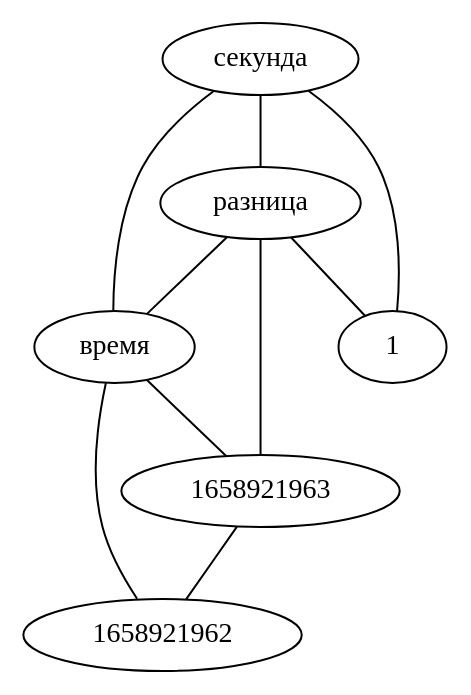
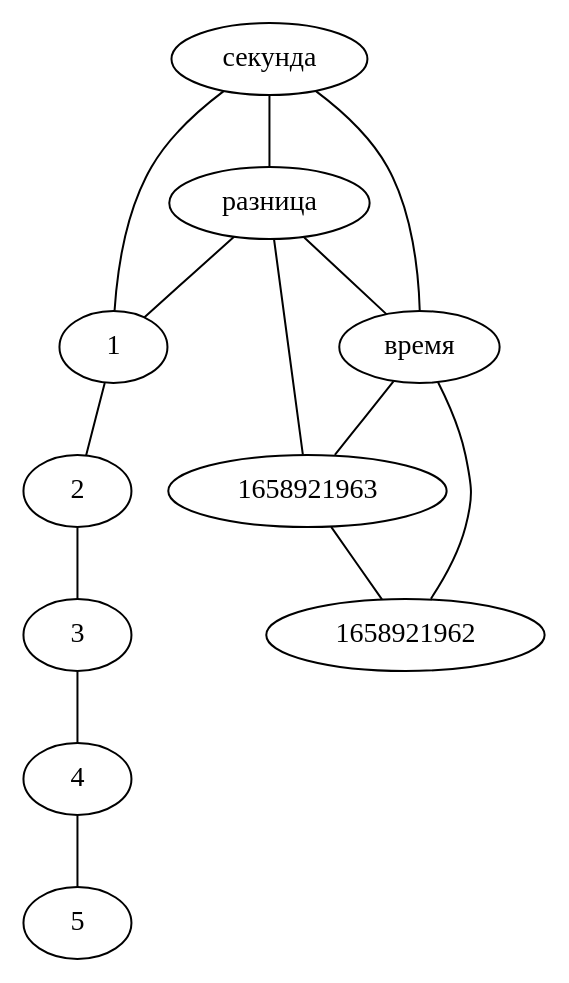
One commit to LeonovEvgenii/AGI changed the diagram in graphs/global_graph.dot. Above: the diagram before and after it, drawn with Graphviz. The commit also changed 3 other files, not shown here.

```diff
--- a/graphs/global_graph.dot
+++ b/graphs/global_graph.dot
@@ -1,11 +1,15 @@
 strict graph G {
+"1" -- "2"
+"2" -- "3"
+"3" -- "4"
+"4" -- "5"
 "время" -- "1658921962"
 "время" -- "1658921963"
 "разница" -- "1"
 "разница" -- "1658921963"
 "1658921963" -- "1658921962"
 "секунда" -- "1"
 "секунда" -- "разница"
 "секунда" -- "время"
 "разница" -- "время"
 }
```
